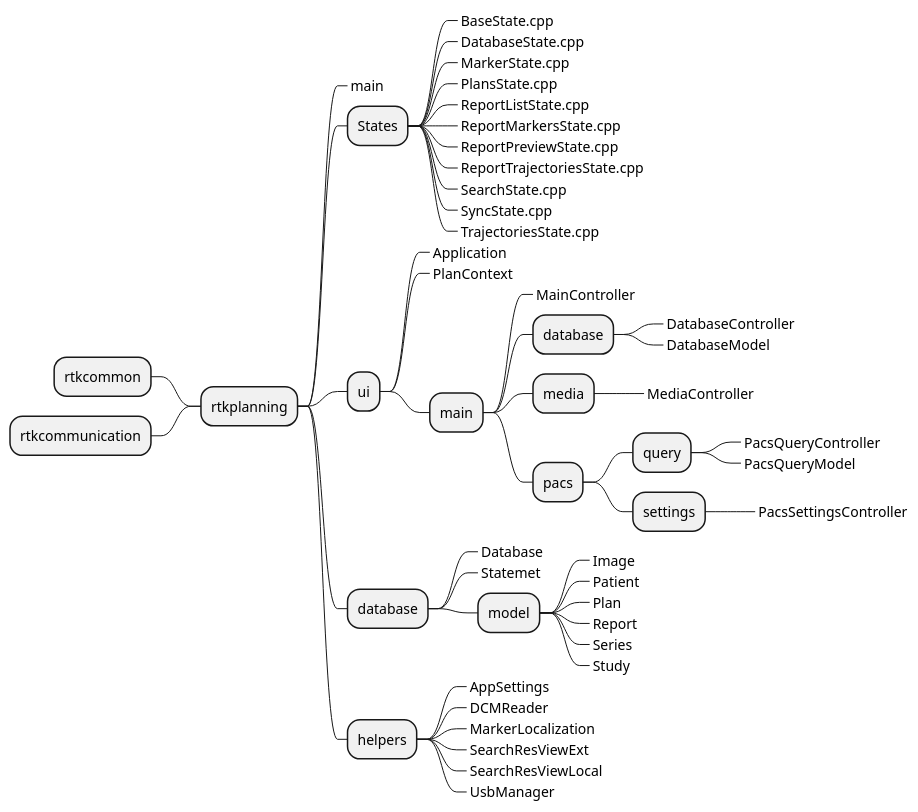
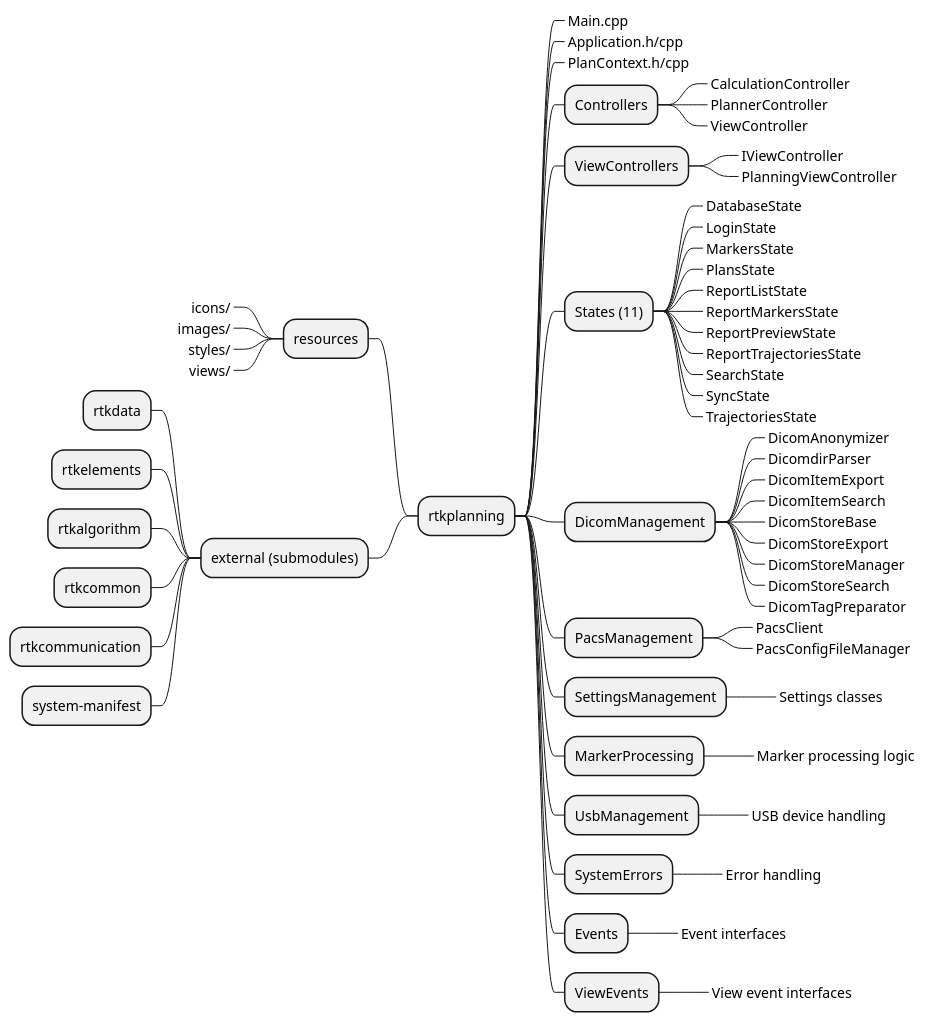
One commit to RobertDeBiro/Cpp_Programs changed the diagram in Companies/Ronna/Diagrams/MindMaps/rtkplanning.puml. Above: the diagram before and after it, drawn with PlantUML. The commit also changed 293 other files, not shown here.

```diff
--- a/Companies/Ronna/Diagrams/MindMaps/rtkplanning.puml
+++ b/Companies/Ronna/Diagrams/MindMaps/rtkplanning.puml
@@ -1,53 +1,77 @@
 @startmindmap rtkplanning
 
 + rtkplanning
-++_ main
-++ States
-+++_ BaseState.cpp
-+++_ DatabaseState.cpp
-+++_ MarkerState.cpp
-+++_ PlansState.cpp
-+++_ ReportListState.cpp
-+++_ ReportMarkersState.cpp
-+++_ ReportPreviewState.cpp
-+++_ ReportTrajectoriesState.cpp
-+++_ SearchState.cpp
-+++_ SyncState.cpp
-+++_ TrajectoriesState.cpp
-++ ui
-+++_ Application
-+++_ PlanContext
-+++ main
-++++_ MainController
-++++ database
-+++++_ DatabaseController
-+++++_ DatabaseModel
-++++ media
-+++++_ MediaController
-++++ pacs
-+++++ query
-++++++_ PacsQueryController
-++++++_ PacsQueryModel
-+++++ settings
-++++++_ PacsSettingsController
-++ database
-+++_ Database
-+++_ Statemet
-+++ model
-++++_ Image
-++++_ Patient
-++++_ Plan
-++++_ Report
-++++_ Series
-++++_ Study
-++ helpers
-+++_ AppSettings
-+++_ DCMReader
-+++_ MarkerLocalization
-+++_ SearchResViewExt
-+++_ SearchResViewLocal
-+++_ UsbManager
--- rtkcommon
--- rtkcommunication
+++_ Main.cpp
+++_ Application.h/cpp
+++_ PlanContext.h/cpp
+
+++ Controllers
++++_ CalculationController
++++_ PlannerController
++++_ ViewController
+
+++ ViewControllers
++++_ IViewController
++++_ PlanningViewController
+
+++ States (11)
++++_ DatabaseState
++++_ LoginState
++++_ MarkersState
++++_ PlansState
++++_ ReportListState
++++_ ReportMarkersState
++++_ ReportPreviewState
++++_ ReportTrajectoriesState
++++_ SearchState
++++_ SyncState
++++_ TrajectoriesState
+
+++ DicomManagement
++++_ DicomAnonymizer
++++_ DicomdirParser
++++_ DicomItemExport
++++_ DicomItemSearch
++++_ DicomStoreBase
++++_ DicomStoreExport
++++_ DicomStoreManager
++++_ DicomStoreSearch
++++_ DicomTagPreparator
+
+++ PacsManagement
++++_ PacsClient
++++_ PacsConfigFileManager
+
+++ SettingsManagement
++++_ Settings classes
+
+++ MarkerProcessing
++++_ Marker processing logic
+
+++ UsbManagement
++++_ USB device handling
+
+++ SystemErrors
++++_ Error handling
+
+++ Events
++++_ Event interfaces
+
+++ ViewEvents
++++_ View event interfaces
+
+-- resources
+---_ icons/
+---_ images/
+---_ styles/
+---_ views/
+
+-- external (submodules)
+--- rtkdata
+--- rtkelements
+--- rtkalgorithm
+--- rtkcommon
+--- rtkcommunication
+--- system-manifest
 
 @endmindmap
```
